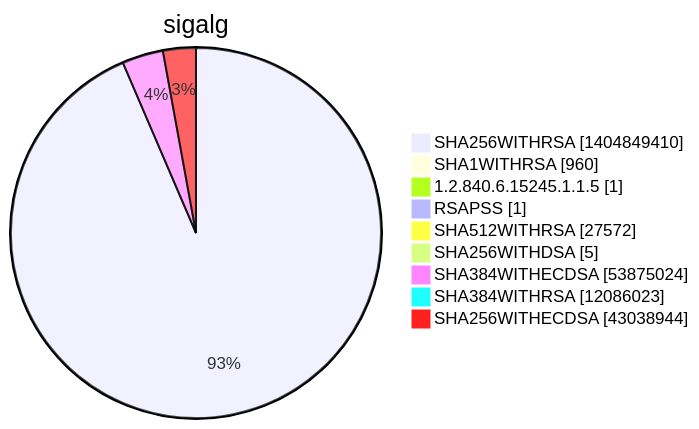
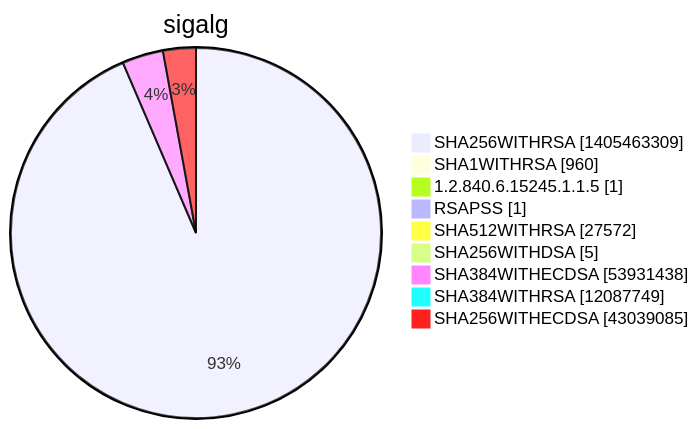
One commit to christiankrug/ctmonitor_visualization changed diagram 15 of 15 in argon2022/README.md. Above: the diagram before and after it, drawn with Mermaid. The commit also changed other lines of this file, not shown here.

````diff
--- a/argon2022/README.md
+++ b/argon2022/README.md
@@ -5524,13 +5524,13 @@
 ```mermaid
 pie showData
 title sigalg
-"SHA256WITHRSA" :1404849410
+"SHA256WITHRSA" :1405463309
 "SHA1WITHRSA" :960
 "1.2.840.6.15245.1.1.5" :1
 "RSAPSS" :1
 "SHA512WITHRSA" :27572
 "SHA256WITHDSA" :5
-"SHA384WITHECDSA" :53875024
-"SHA384WITHRSA" :12086023
-"SHA256WITHECDSA" :43038944
+"SHA384WITHECDSA" :53931438
+"SHA384WITHRSA" :12087749
+"SHA256WITHECDSA" :43039085
 ```
````
